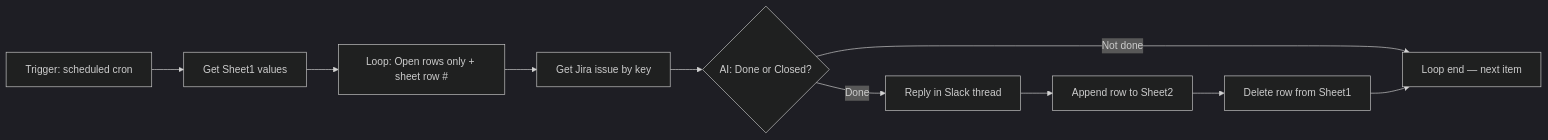
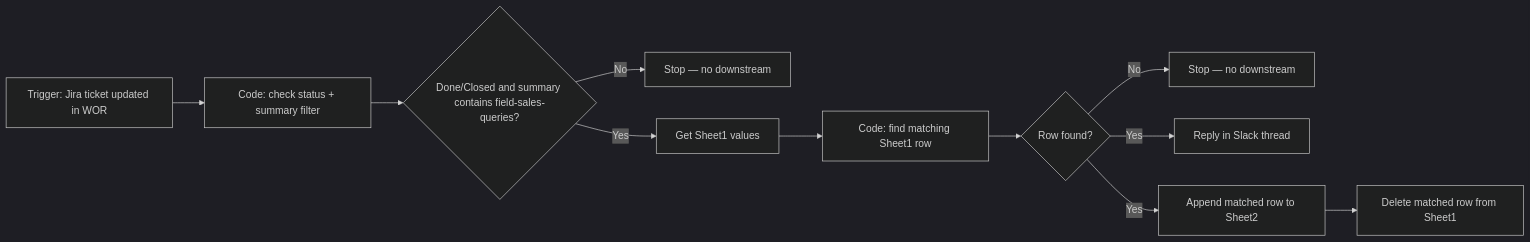
The third of 3 diagrams in field-sales-queries/documentation.md (tylertan-tech/people-tech-langdock), drawn with Mermaid (dark theme) before and after one commit. The commit also changed other lines of this file and 2 other files, not shown here.

Commit message:
Update field sales queries documentation and JSON configuration for Workflow 2, including new export dates and improved logic for matching Jira tickets.

````diff
--- a/field-sales-queries/documentation.md
+++ b/field-sales-queries/documentation.md
@@ -81,12 +83,13 @@
 ```mermaid
 flowchart LR
-  T["Trigger: scheduled cron"] --> G["Get Sheet1 values"]
-  G --> L["Loop: Open rows only + sheet row #"]
-  L --> J["Get Jira issue by key"]
-  J --> D{"AI: Done or Closed?"}
-  D -->|"Not done"| E["Loop end — next item"]
-  D -->|"Done"| SL["Reply in Slack thread"]
-  SL --> A["Append row to Sheet2"]
-  A --> RM["Delete row from Sheet1"]
-  RM --> E
+  T["Trigger: Jira ticket updated in WOR"] --> F["Code: check status + summary filter"]
+  F --> C{"Done/Closed and summary contains field-sales-queries?"}
+  C -->|"No"| STOP["Stop — no downstream"]
+  C -->|"Yes"| G["Get Sheet1 values"]
+  G --> M["Code: find matching Sheet1 row"]
+  M --> R{"Row found?"}
+  R -->|"No"| STOP2["Stop — no downstream"]
+  R -->|"Yes"| SL["Reply in Slack thread"]
+  R -->|"Yes"| A["Append matched row to Sheet2"]
+  A --> RM["Delete matched row from Sheet1"]
 ```
````
